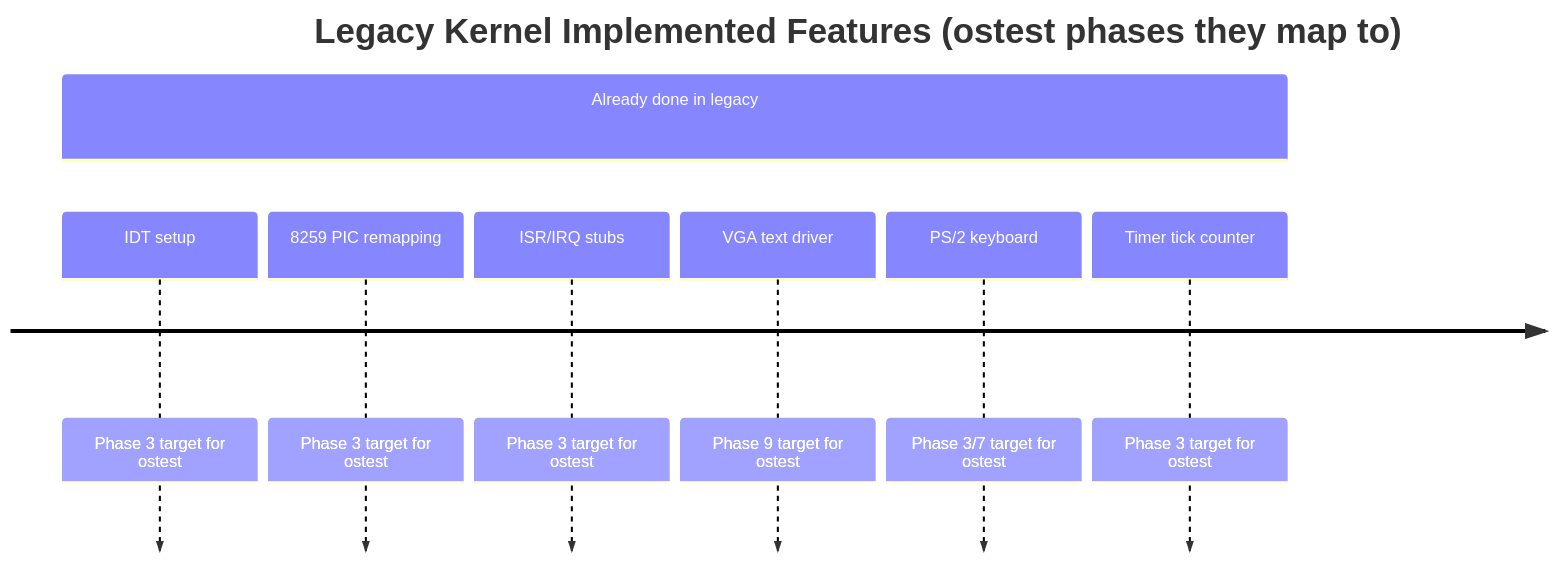
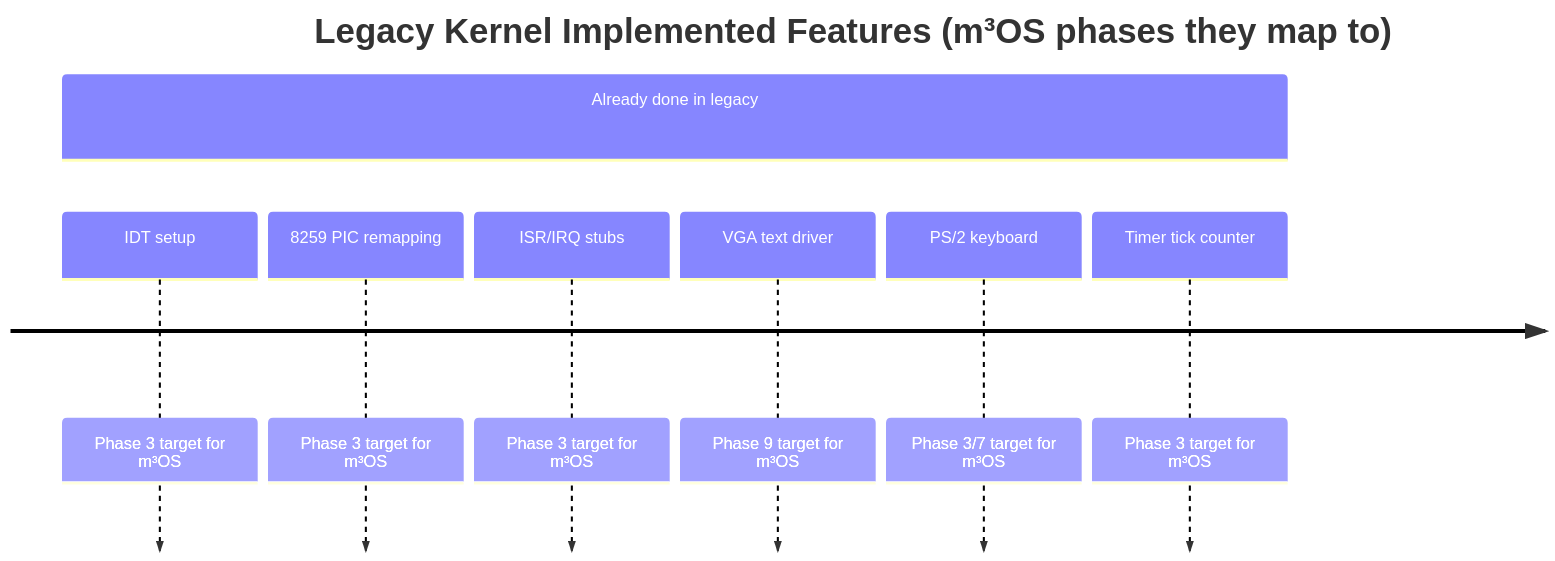
One commit to mikecubed/m3OS changed the fourth of 7 diagrams in docs/legacy-os-comparison.md. Above: the diagram before and after it, drawn with Mermaid. The commit also changed other lines of this file and 24 other files, not shown here.

Commit message:
Rename ostest to m³OS (m3os) (#14)

````diff
--- a/docs/legacy-os-comparison.md
+++ b/docs/legacy-os-comparison.md
@@ -216,11 +216,11 @@
 ```mermaid
 timeline
-    title Legacy Kernel Implemented Features (ostest phases they map to)
+    title Legacy Kernel Implemented Features (m³OS phases they map to)
     section Already done in legacy
-        IDT setup          : Phase 3 target for ostest
-        8259 PIC remapping : Phase 3 target for ostest
-        ISR/IRQ stubs      : Phase 3 target for ostest
-        VGA text driver    : Phase 9 target for ostest
-        PS/2 keyboard      : Phase 3/7 target for ostest
-        Timer tick counter : Phase 3 target for ostest
+        IDT setup          : Phase 3 target for m³OS
+        8259 PIC remapping : Phase 3 target for m³OS
+        ISR/IRQ stubs      : Phase 3 target for m³OS
+        VGA text driver    : Phase 9 target for m³OS
+        PS/2 keyboard      : Phase 3/7 target for m³OS
+        Timer tick counter : Phase 3 target for m³OS
 ```
````
